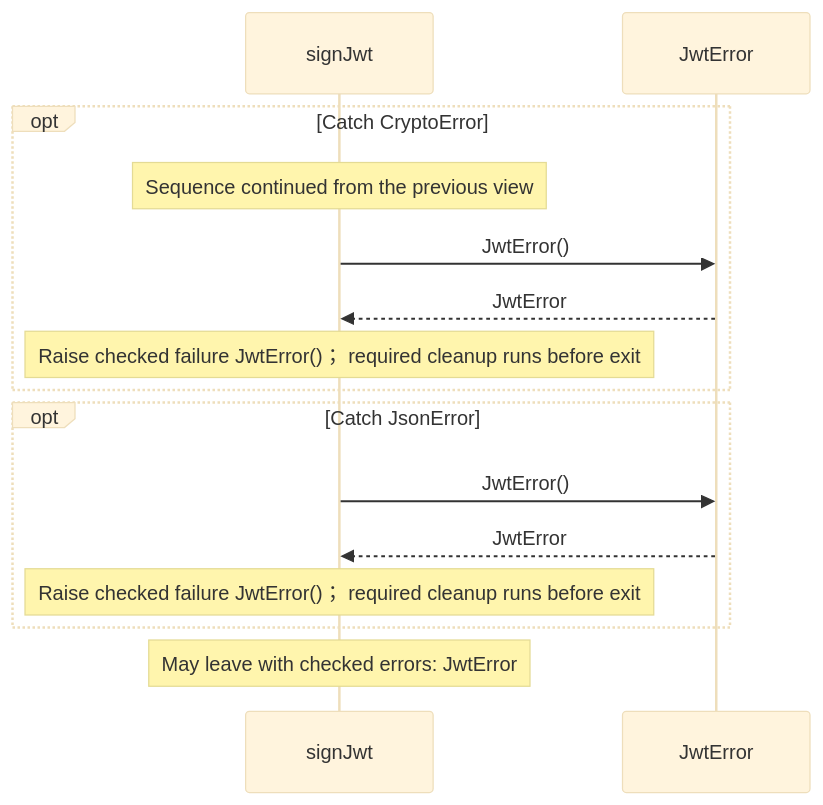
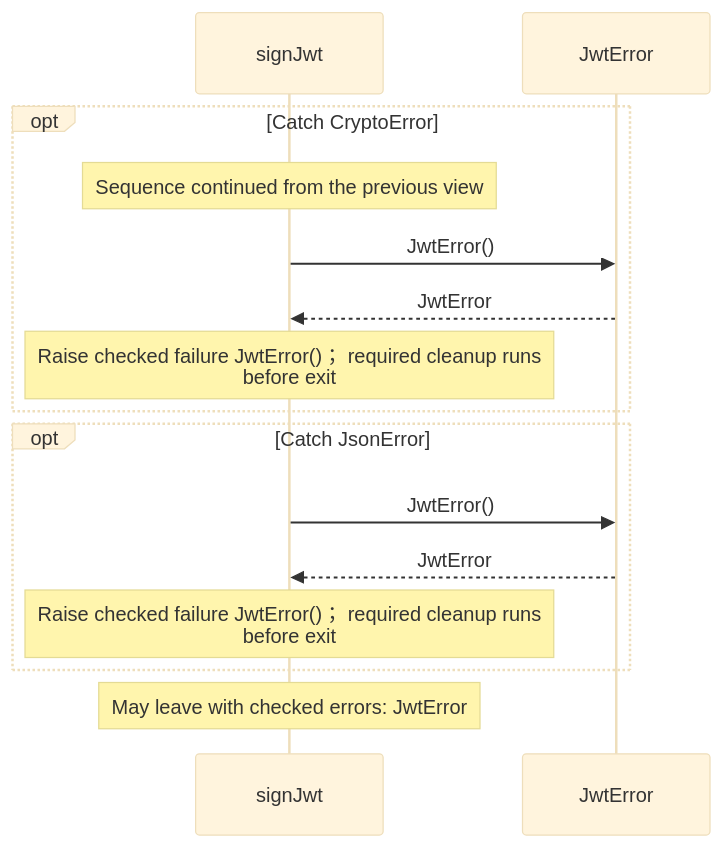
Before and after one commit to GreenPandaStudios/augscript: the sixth of 9 diagrams in docs/examples/oidc-login/dependencies/packages/@git/url_9ef654c66d34ab8f5527/0.0.0-git.b14a0f9aa41f1ce58bd51133bcdc424033e40d40/jose-diagrams.md, drawn with Mermaid (base theme). The commit also changed other lines of this file and 200 other files, not shown here.

Commit message:
Group imported operations and wrap readable sequence messages

````diff
--- a/docs/examples/oidc-login/dependencies/packages/@git/url_9ef654c66d34ab8f5527/0.0.0-git.b14a0f9aa41f1ce58bd51133bcdc424033e40d40/jose-diagrams.md
+++ b/docs/examples/oidc-login/dependencies/packages/@git/url_9ef654c66d34ab8f5527/0.0.0-git.b14a0f9aa41f1ce58bd51133bcdc424033e40d40/jose-diagrams.md
@@ -215,17 +211,17 @@
 ```mermaid
 sequenceDiagram
     participant p0 as signJwt
     participant p1 as JwtError
     opt Catch CryptoError
     Note over p0: Sequence continued from the previous view
     p0->>p1: JwtError()
     p1-->>p0: JwtError
-    Note over p0: Raise checked failure JwtError()； required cleanup runs before exit
+    Note over p0: Raise checked failure JwtError()； required cleanup runs<br/>before exit
     end
     opt Catch JsonError
     p0->>p1: JwtError()
     p1-->>p0: JwtError
-    Note over p0: Raise checked failure JwtError()； required cleanup runs before exit
+    Note over p0: Raise checked failure JwtError()； required cleanup runs<br/>before exit
     end
     Note over p0: May leave with checked errors: JwtError
 ```
````
